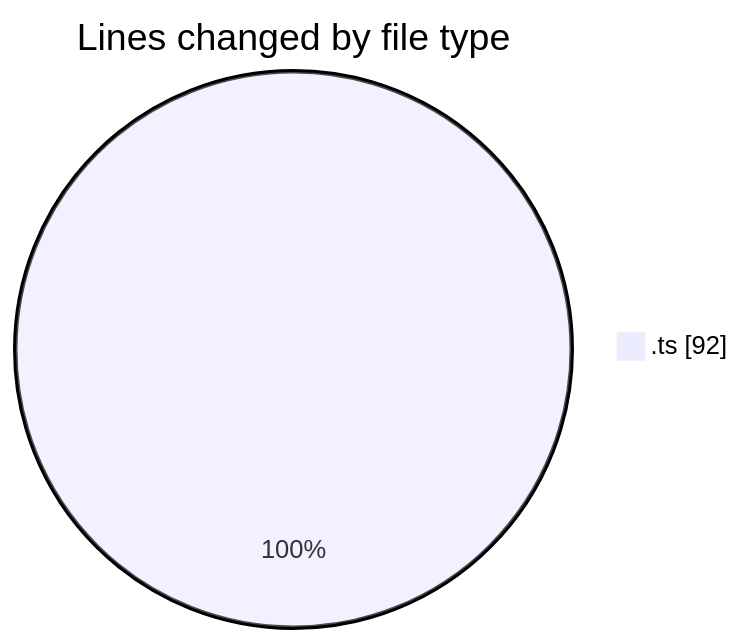
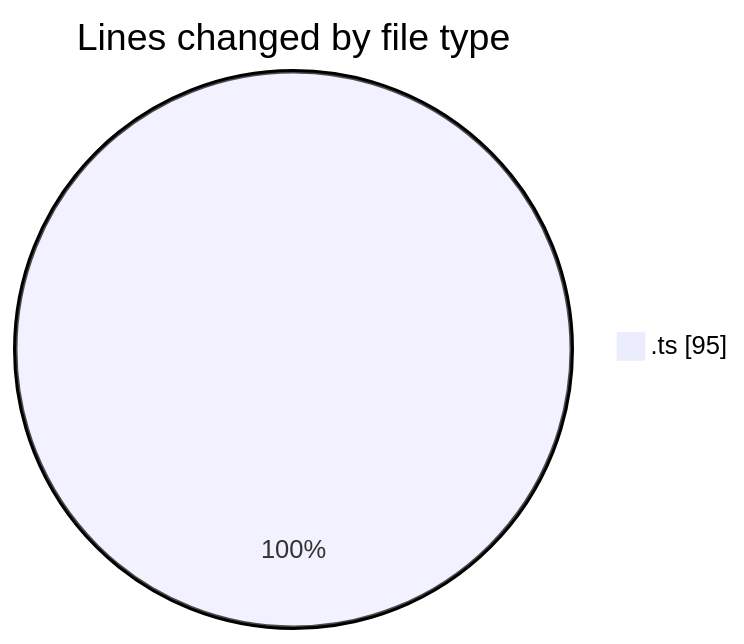
Before and after one commit to mevix1/code-tracking: the first of 2 diagrams in 2025-10-01/oura-api/README.md, drawn with Mermaid. The commit also changed other lines of this file and 1 other file, not shown here.

````diff
--- a/2025-10-01/oura-api/README.md
+++ b/2025-10-01/oura-api/README.md
@@ -20,5 +20,5 @@
 ```mermaid
 pie showData
 title Lines changed by file type
-".ts" : 92
+".ts" : 95
 ```
````
